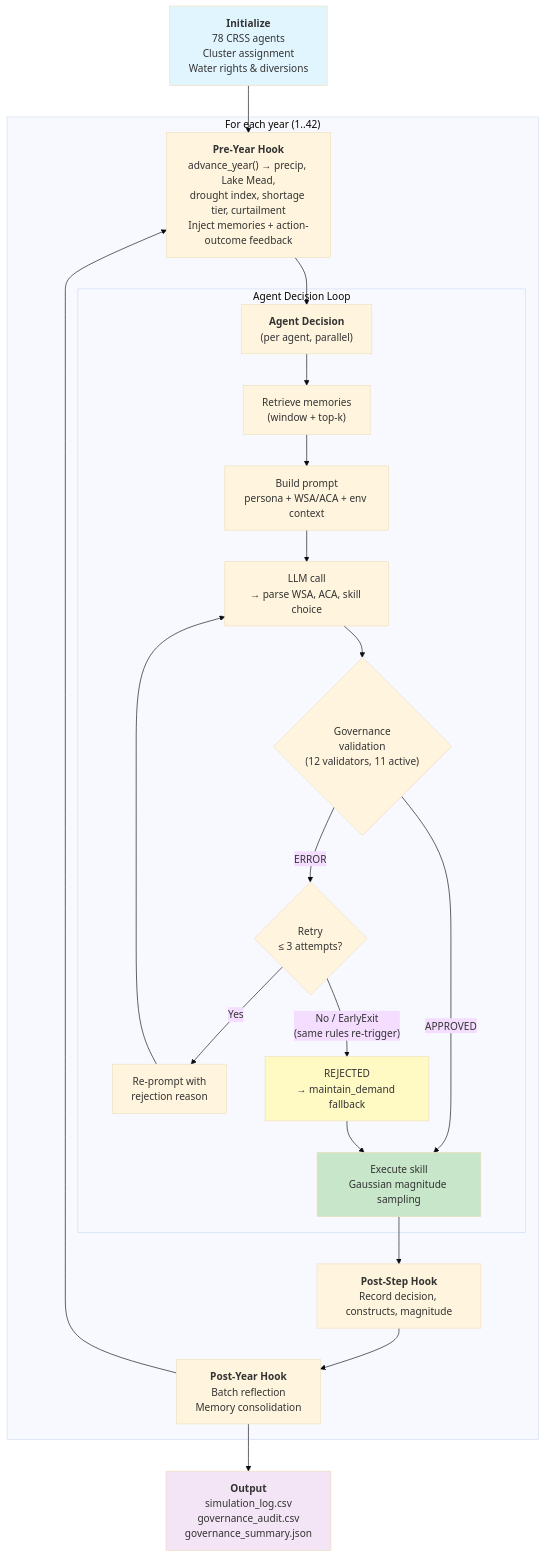
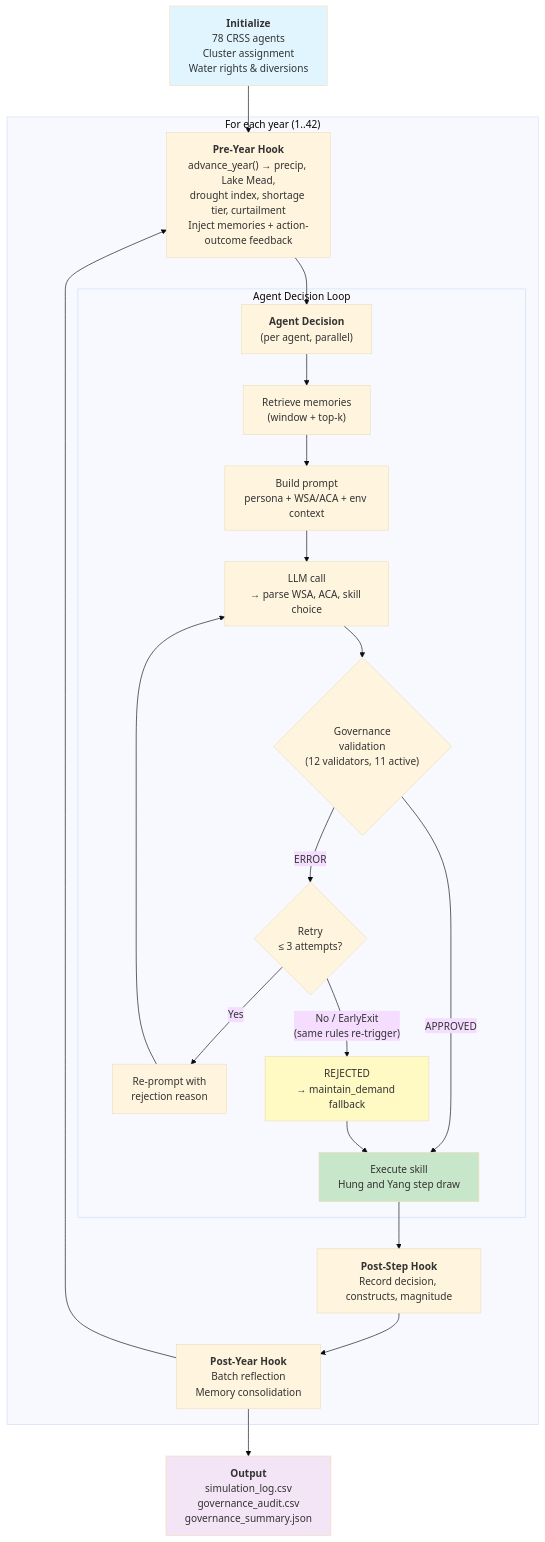
Before and after one commit to WenyuChiou/WAGF: the diagram in examples/irrigation_abm/README.md, drawn with Mermaid (base theme). The commit also changed other lines of this file and 15 other files, not shown here.

First line of the commit message:
feat(irrigation): Hung and Yang (2021) action model for the step size

````diff
--- a/examples/irrigation_abm/README.md
+++ b/examples/irrigation_abm/README.md
@@ -198,34 +198,34 @@
 ```mermaid
 flowchart TD
     A["<b>Initialize</b><br/>78 CRSS agents<br/>Cluster assignment<br/>Water rights & diversions"] --> B
 
     subgraph YEAR ["For each year (1..42)"]
         B["<b>Pre-Year Hook</b><br/>advance_year() → precip, Lake Mead,<br/>drought index, shortage tier, curtailment<br/>Inject memories + action-outcome feedback"]
 
         B --> C["<b>Agent Decision</b><br/>(per agent, parallel)"]
 
         subgraph AGENT ["Agent Decision Loop"]
             C --> D["Retrieve memories<br/>(window + top-k)"]
             D --> E["Build prompt<br/>persona + WSA/ACA + env context"]
             E --> F["LLM call<br/>→ parse WSA, ACA, skill choice"]
             F --> G{"Governance<br/>validation<br/>(12 validators, 11 active)"}
-            G -->|APPROVED| H["Execute skill<br/>Gaussian magnitude sampling"]
+            G -->|APPROVED| H["Execute skill<br/>Hung and Yang step draw"]
             G -->|ERROR| I{"Retry<br/>≤ 3 attempts?"}
             I -->|Yes| J["Re-prompt with<br/>rejection reason"]
             J --> F
             I -->|"No / EarlyExit<br/>(same rules re-trigger)"| K["REJECTED<br/>→ maintain_demand fallback"]
             K --> H
         end
 
         H --> L["<b>Post-Step Hook</b><br/>Record decision, constructs, magnitude"]
         L --> M["<b>Post-Year Hook</b><br/>Batch reflection<br/>Memory consolidation"]
         M --> B
     end
 
     M --> N["<b>Output</b><br/>simulation_log.csv<br/>governance_audit.csv<br/>governance_summary.json"]
 
     style A fill:#e1f5fe
     style H fill:#c8e6c9
     style K fill:#fff9c4
     style N fill:#f3e5f5
 ```
````
